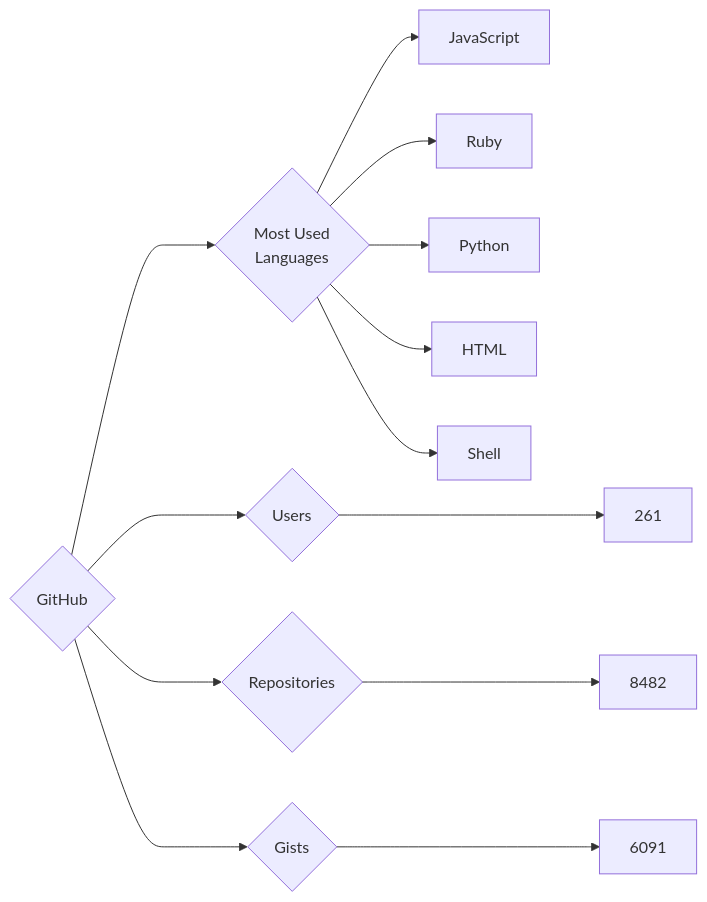
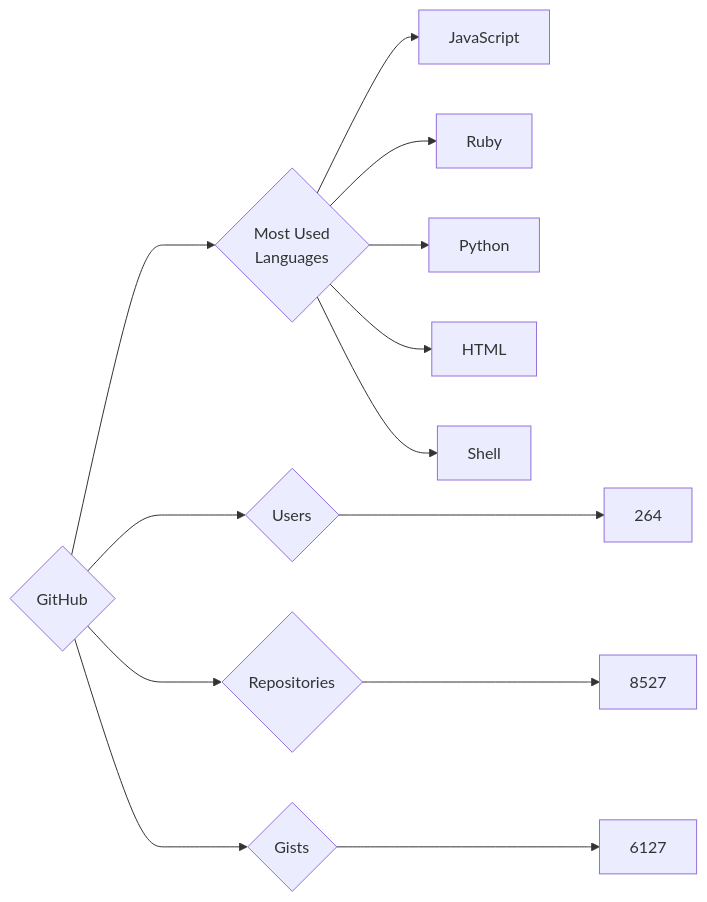
The diagram in targets/GitHub/README.md (trickest/insiders), drawn with Mermaid before and after one commit. The commit also changed 894 other files, not shown here.

````diff
--- a/targets/GitHub/README.md
+++ b/targets/GitHub/README.md
@@ -3,13 +3,13 @@
 ```mermaid
 graph LR
 COMPANY_NAME{GitHub}
-COMPANY_NAME ---> U{Users} ---> UN[261]
-COMPANY_NAME ---> R{Repositories} ---> RN[8482]
-COMPANY_NAME ---> G{Gists} ---> GN[6091]
+COMPANY_NAME ---> U{Users} ---> UN[264]
+COMPANY_NAME ---> R{Repositories} ---> RN[8527]
+COMPANY_NAME ---> G{Gists} ---> GN[6127]
 COMPANY_NAME ---> ML{Most Used<br>Languages}
 ML --> JavaScript[JavaScript]
 ML --> Ruby[Ruby]
 ML --> Python[Python]
 ML --> HTML[HTML]
 ML --> Shell[Shell]
 ```
````
